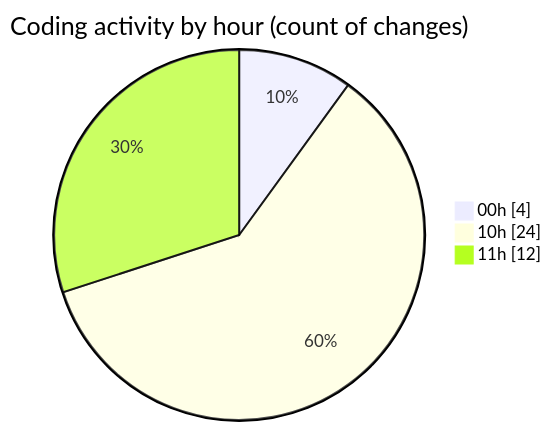
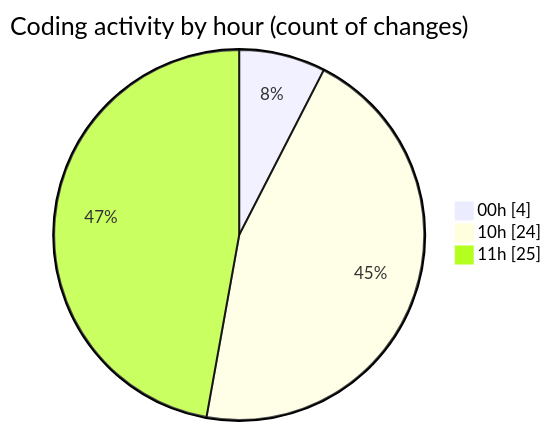
Before and after one commit to Netris89/code-tracking: the second of 2 diagrams in 2025-04-04/back-end/README.md, drawn with Mermaid. The commit also changed other lines of this file and 1 other file, not shown here.

````diff
--- a/2025-04-04/back-end/README.md
+++ b/2025-04-04/back-end/README.md
@@ -32,7 +35,7 @@
 ```mermaid
 pie showData
 title Coding activity by hour (count of changes)
 "00h" : 4
 "10h" : 24
-"11h" : 12
+"11h" : 25
 ```
````
